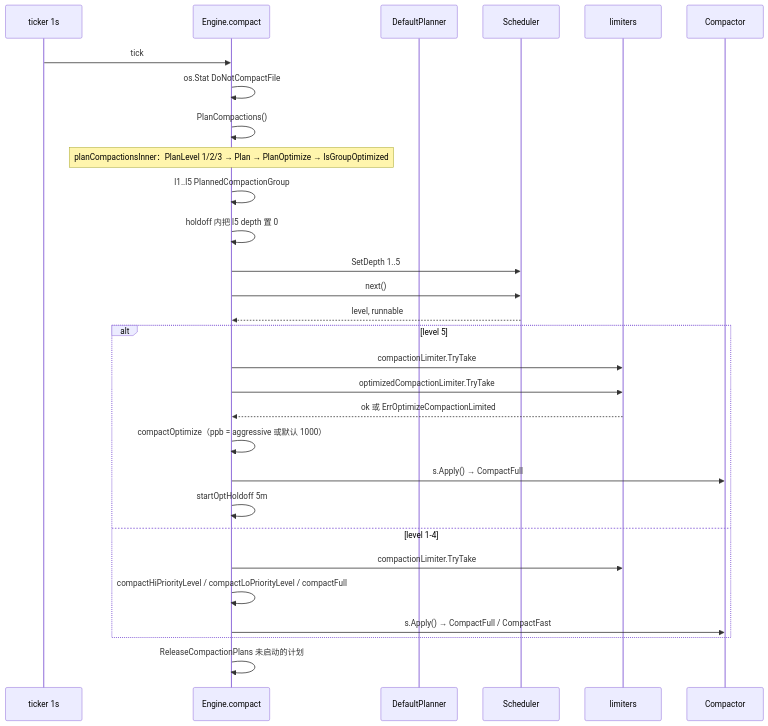
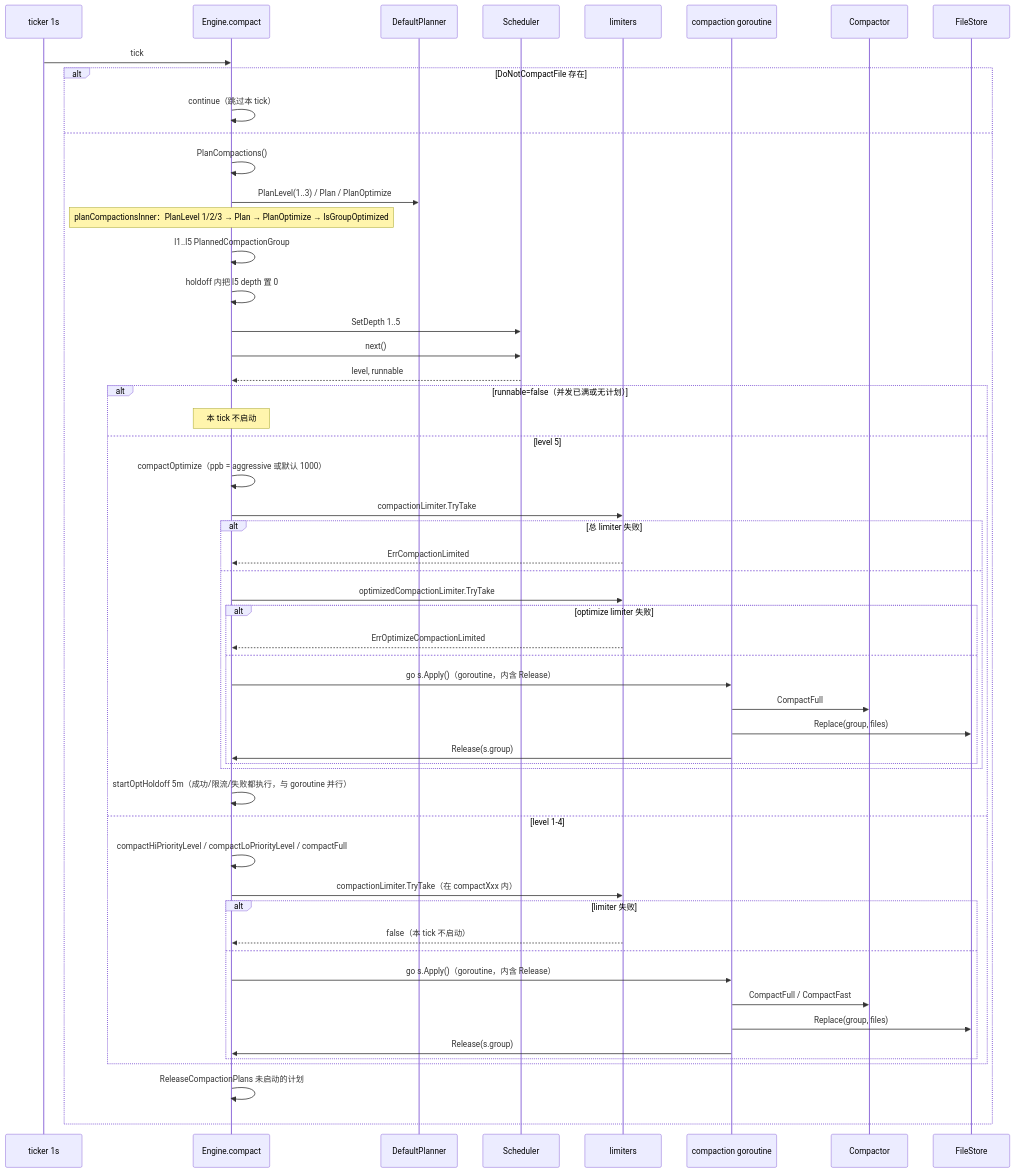
One commit to stefanv5/influxdb changed the second of 3 diagrams in docs/specs/v1.8.10-vs-v1.12.3/04_storage_compaction_diff.md. Above: the diagram before and after it, drawn with Mermaid. The commit also changed other lines of this file and 18 other files, not shown here.

````diff
--- a/docs/specs/v1.8.10-vs-v1.12.3/04_storage_compaction_diff.md
+++ b/docs/specs/v1.8.10-vs-v1.12.3/04_storage_compaction_diff.md
@@ -93,32 +95,57 @@
 ```mermaid
 sequenceDiagram
     participant T as ticker 1s
     participant E as Engine.compact
     participant P as DefaultPlanner
     participant S as Scheduler
     participant L as limiters
+    participant G as compaction goroutine
     participant C as Compactor
+    participant FS as FileStore
 
     T->>E: tick
-    E->>E: os.Stat DoNotCompactFile
-    E->>E: PlanCompactions()
-    Note over E: planCompactionsInner：PlanLevel 1/2/3 → Plan → PlanOptimize → IsGroupOptimized
-    E->>E: l1..l5 PlannedCompactionGroup
-    E->>E: holdoff 内把 l5 depth 置 0
-    E->>S: SetDepth 1..5
-    E->>S: next()
-    S-->>E: level, runnable
-    alt level 5
-        E->>L: compactionLimiter.TryTake
-        E->>L: optimizedCompactionLimiter.TryTake
-        L-->>E: ok 或 ErrOptimizeCompactionLimited
-        E->>E: compactOptimize（ppb = aggressive 或默认 1000）
-        E->>C: s.Apply() → CompactFull
-        E->>E: startOptHoldoff 5m
-    else level 1-4
-        E->>L: compactionLimiter.TryTake
-        E->>E: compactHiPriorityLevel / compactLoPriorityLevel / compactFull
-        E->>C: s.Apply() → CompactFull / CompactFast
+    alt DoNotCompactFile 存在
+        E->>E: continue（跳过本 tick）
+    else
+        E->>E: PlanCompactions()
+        E->>P: PlanLevel(1..3) / Plan / PlanOptimize
+        Note over E: planCompactionsInner：PlanLevel 1/2/3 → Plan → PlanOptimize → IsGroupOptimized
+        E->>E: l1..l5 PlannedCompactionGroup
+        E->>E: holdoff 内把 l5 depth 置 0
+        E->>S: SetDepth 1..5
+        E->>S: next()
+        S-->>E: level, runnable
+        alt runnable=false（并发已满或无计划）
+            Note over E: 本 tick 不启动
+        else level 5
+            E->>E: compactOptimize（ppb = aggressive 或默认 1000）
+            E->>L: compactionLimiter.TryTake
+            alt 总 limiter 失败
+                L-->>E: ErrCompactionLimited
+            else
+                E->>L: optimizedCompactionLimiter.TryTake
+                alt optimize limiter 失败
+                    L-->>E: ErrOptimizeCompactionLimited
+                else
+                    E->>G: go s.Apply()（goroutine，内含 Release）
+                    G->>C: CompactFull
+                    G->>FS: Replace(group, files)
+                    G->>E: Release(s.group)
+                end
+            end
+            E->>E: startOptHoldoff 5m（成功/限流/失败都执行，与 goroutine 并行）
+        else level 1-4
+            E->>E: compactHiPriorityLevel / compactLoPriorityLevel / compactFull
+            E->>L: compactionLimiter.TryTake（在 compactXxx 内）
+            alt limiter 失败
+                L-->>E: false（本 tick 不启动）
+            else
+                E->>G: go s.Apply()（goroutine，内含 Release）
+                G->>C: CompactFull / CompactFast
+                G->>FS: Replace(group, files)
+                G->>E: Release(s.group)
+            end
+        end
+        E->>E: ReleaseCompactionPlans 未启动的计划
     end
-    E->>E: ReleaseCompactionPlans 未启动的计划
 ```
````
